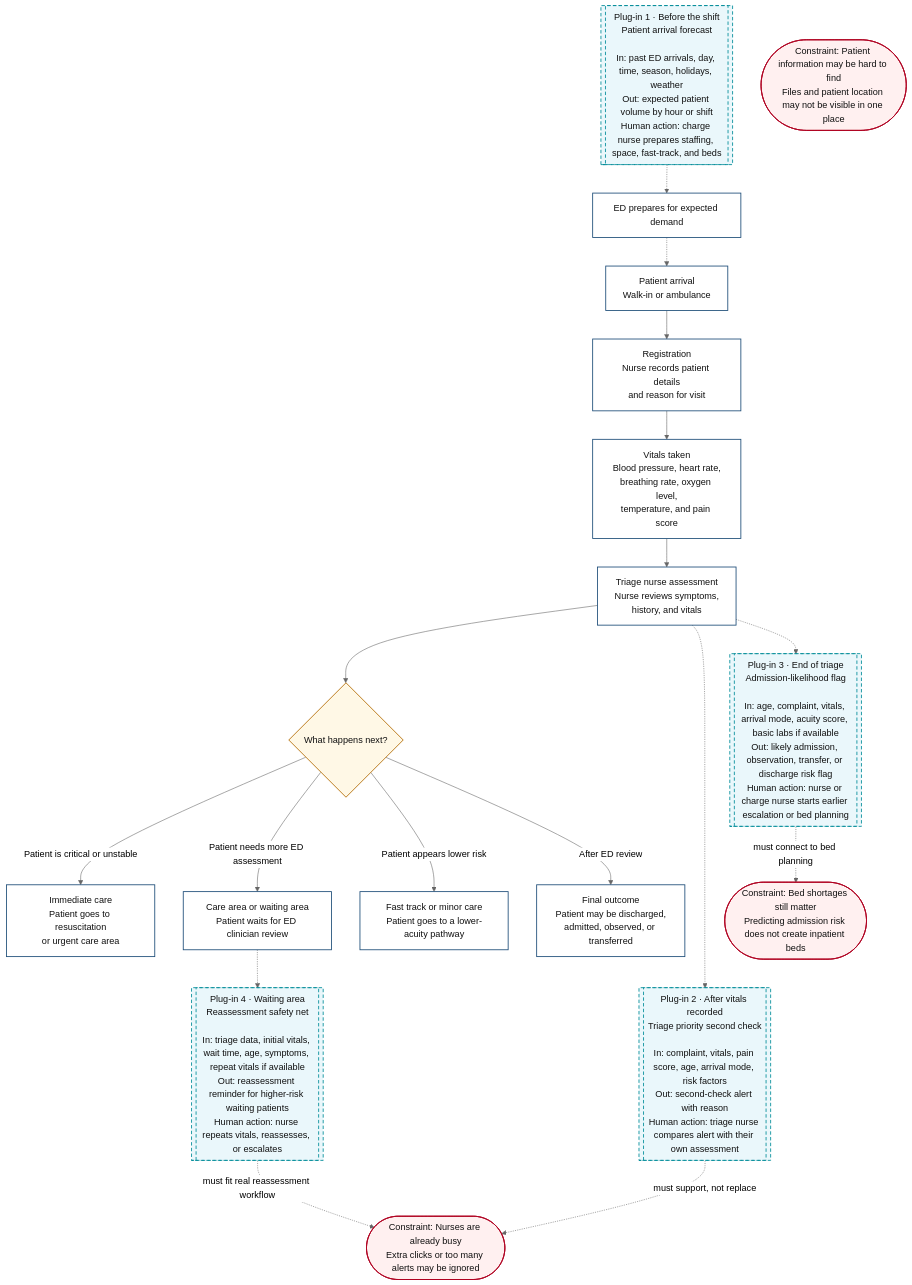
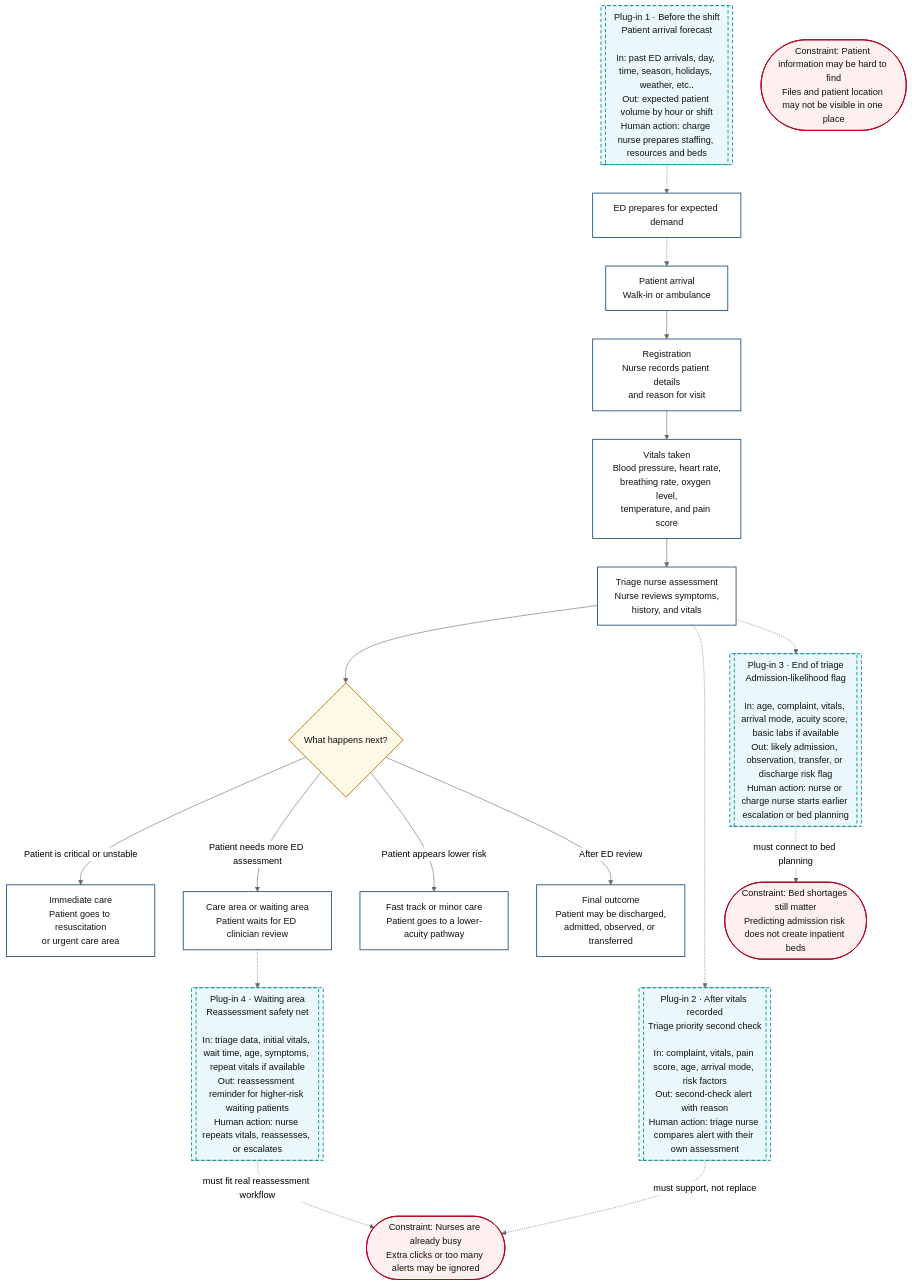
One commit to tinadams/carisurg-portfolio changed the diagram in docs/week_3_workflow.md. Above: the diagram before and after it, drawn with Mermaid (neutral theme).

Commit message:
Revise patient arrival forecast in Plug-in 1
Updated the patient arrival forecast details in Plug-in 1 to include 'etc.' and changed 'space' to 'resources'.

````diff
--- a/docs/week_3_workflow.md
+++ b/docs/week_3_workflow.md
@@ -1,55 +1,55 @@
 ```mermaid
 flowchart TD
 
 A[Patient arrival<br/>Walk-in or ambulance] --> B[Registration<br/>Nurse records patient details<br/>and reason for visit]
 
 B --> C[Vitals taken<br/>Blood pressure, heart rate,<br/>breathing rate, oxygen level,<br/>temperature, and pain score]
 
 C --> D[Triage nurse assessment<br/>Nurse reviews symptoms,<br/>history, and vitals]
 
 D --> E{What happens next?}
 
 E -->|Patient is critical or unstable| F[Immediate care<br/>Patient goes to resuscitation<br/>or urgent care area]
 
 E -->|Patient needs more ED assessment| G[Care area or waiting area<br/>Patient waits for ED clinician review]
 
 E -->|Patient appears lower risk| H[Fast track or minor care<br/>Patient goes to a lower-acuity pathway]
 
 E -->|After ED review| I[Final outcome<br/>Patient may be discharged,<br/>admitted, observed, or transferred]
 
-AI1[[Plug-in 1 · Before the shift<br/>Patient arrival forecast<br/><br/>In: past ED arrivals, day, time, season, holidays, weather<br/>Out: expected patient volume by hour or shift<br/>Human action: charge nurse prepares staffing, space, fast-track, and beds]]
+AI1[[Plug-in 1 · Before the shift<br/>Patient arrival forecast<br/><br/>In: past ED arrivals, day, time, season, holidays, weather, etc..<br/>Out: expected patient volume by hour or shift<br/>Human action: charge nurse prepares staffing, resources and beds]]
 
 AI2[[Plug-in 2 · After vitals recorded<br/>Triage priority second check<br/><br/>In: complaint, vitals, pain score, age, arrival mode, risk factors<br/>Out: second-check alert with reason<br/>Human action: triage nurse compares alert with their own assessment]]
 
 AI3[[Plug-in 3 · End of triage<br/>Admission-likelihood flag<br/><br/>In: age, complaint, vitals, arrival mode, acuity score, basic labs if available<br/>Out: likely admission, observation, transfer, or discharge risk flag<br/>Human action: nurse or charge nurse starts earlier escalation or bed planning]]
 
 AI4[[Plug-in 4 · Waiting area<br/>Reassessment safety net<br/><br/>In: triage data, initial vitals, wait time, age, symptoms, repeat vitals if available<br/>Out: reassessment reminder for higher-risk waiting patients<br/>Human action: nurse repeats vitals, reassesses, or escalates]]
 
 PRE[ED prepares for expected demand]
 
 AI1 -.-> PRE
 PRE -.-> A
 D -.-> AI2
 D -.-> AI3
 G -.-> AI4
 
 C1([Constraint: Patient information may be hard to find<br/>Files and patient location may not be visible in one place])
 
 C2([Constraint: Nurses are already busy<br/>Extra clicks or too many alerts may be ignored])
 
 C3([Constraint: Bed shortages still matter<br/>Predicting admission risk does not create inpatient beds])
 
 AI2 -. must support, not replace .-> C2
 AI3 -. must connect to bed planning .-> C3
 AI4 -. must fit real reassessment workflow .-> C2
 
 classDef process fill:#ffffff,stroke:#1f4e79,stroke-width:1.5px,color:#111;
 classDef decision fill:#fff8e6,stroke:#b36b00,stroke-width:1.5px,color:#111;
 classDef ai fill:#eaf7fb,stroke:#008c99,stroke-width:1.5px,stroke-dasharray: 6 4,color:#111;
 classDef constraint fill:#fff0f0,stroke:#b00020,stroke-width:1.5px,color:#111;
 
 class A,B,C,D,F,G,H,I,PRE process;
 class E decision;
 class AI1,AI2,AI3,AI4 ai;
 class C1,C2,C3 constraint;
 ```
````
